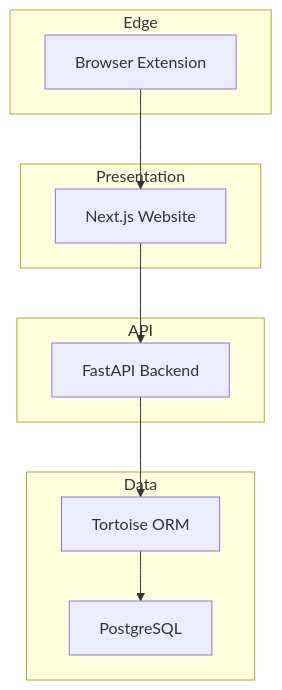
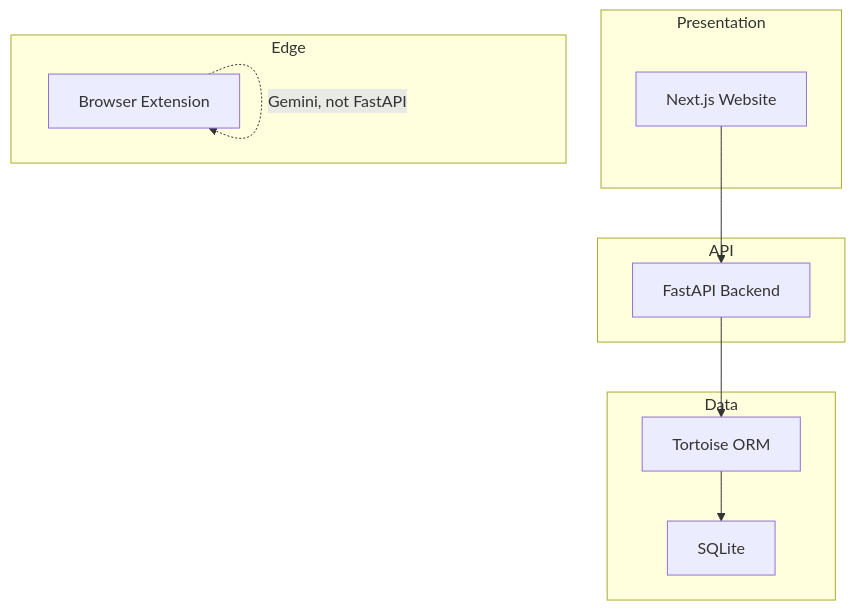
Before and after one commit to tashifkhan/tashif.codes: the second of 7 diagrams in src/data/docs/mooc-utils/Project Overview/Architecture Overview.md, drawn with Mermaid. The commit also changed other lines of this file and 2128 other files, not shown here.

First line of the commit message:
docs: replace raster diagram images with native Mermaid across project guides

````diff
--- a/src/data/docs/mooc-utils/Project Overview/Architecture Overview.md
+++ b/src/data/docs/mooc-utils/Project Overview/Architecture Overview.md
@@ -67,20 +64,20 @@
 ```mermaid
 graph TB
 subgraph "Presentation"
 WEB["Next.js Website"]
 end
 subgraph "API"
 FASTAPI["FastAPI Backend"]
 end
 subgraph "Data"
 TORTOISE["Tortoise ORM"]
-DB["PostgreSQL"]
+DB["SQLite"]
 end
 subgraph "Edge"
 EXT["Browser Extension"]
 end
 WEB --> FASTAPI
 FASTAPI --> TORTOISE
 TORTOISE --> DB
-EXT --> WEB
+EXT -.->|"Gemini, not FastAPI"| EXT
 ```
````
